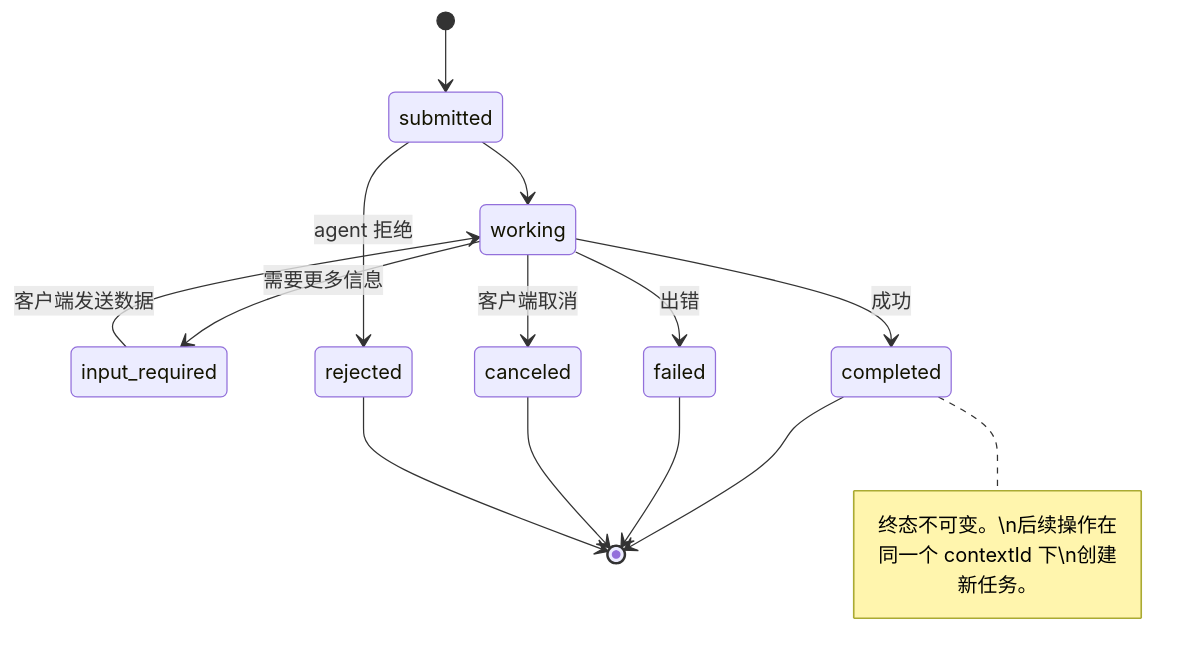
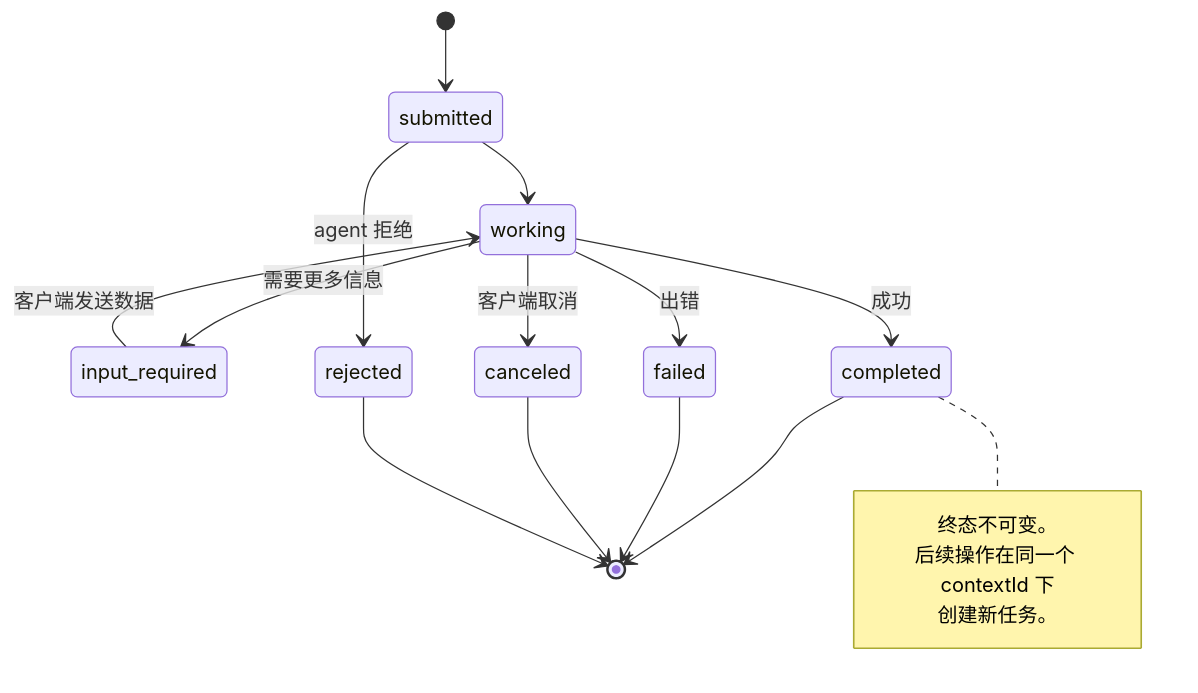
One commit to alessandrodinisio-ai/ai-engineering-learning-framework changed the fourth of 13 diagrams in phases/16-multi-agent-and-swarms/03-communication-protocols/docs/zh.md. Above: the diagram before and after it, drawn with Mermaid. The commit also changed other lines of this file and 102 other files, not shown here.

````diff
--- a/phases/16-multi-agent-and-swarms/03-communication-protocols/docs/zh.md
+++ b/phases/16-multi-agent-and-swarms/03-communication-protocols/docs/zh.md
@@ -178,18 +173,22 @@
 ```mermaid
 stateDiagram-v2
     [*] --> submitted
     submitted --> working
     working --> input_required: 需要更多信息
     input_required --> working: 客户端发送数据
     working --> completed: 成功
     working --> failed: 出错
     working --> canceled: 客户端取消
     submitted --> rejected: agent 拒绝
 
     completed --> [*]
     failed --> [*]
     canceled --> [*]
     rejected --> [*]
 
-    note right of completed: 终态不可变。\n后续操作在同一个 contextId 下\n创建新任务。
+    note right of completed
+        终态不可变。
+        后续操作在同一个 contextId 下
+        创建新任务。
+    end note
 ```
````
